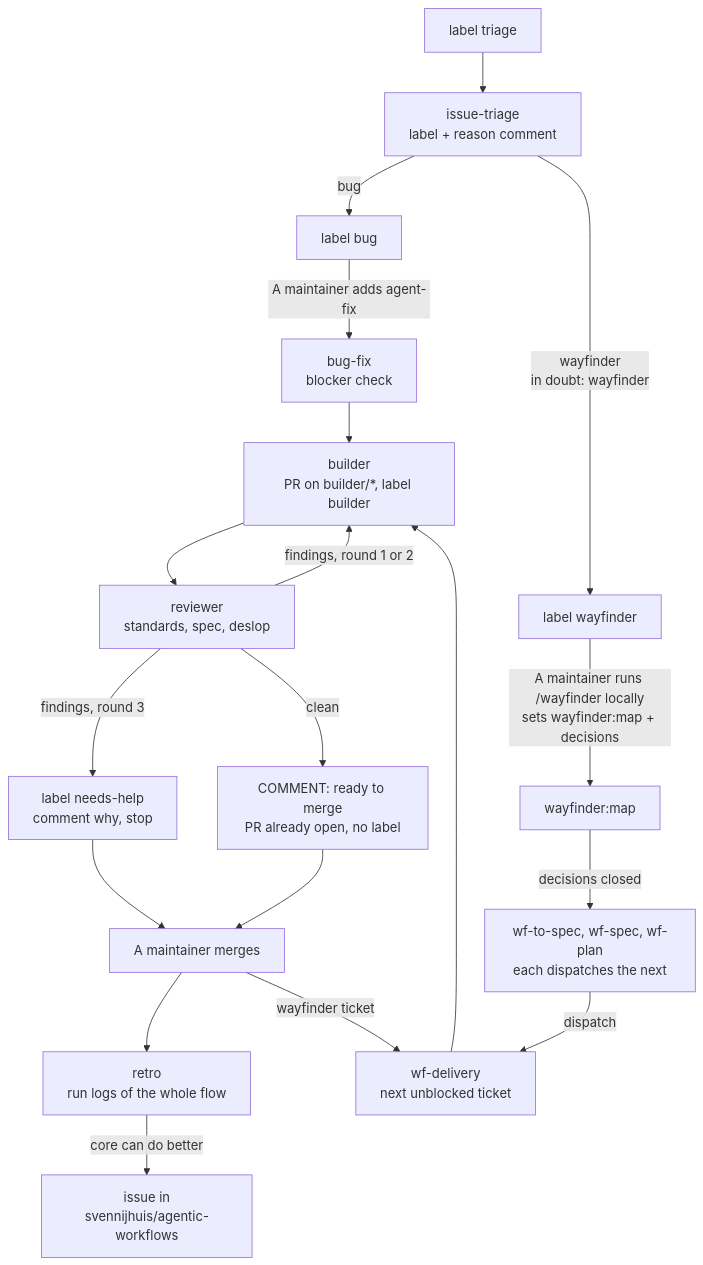
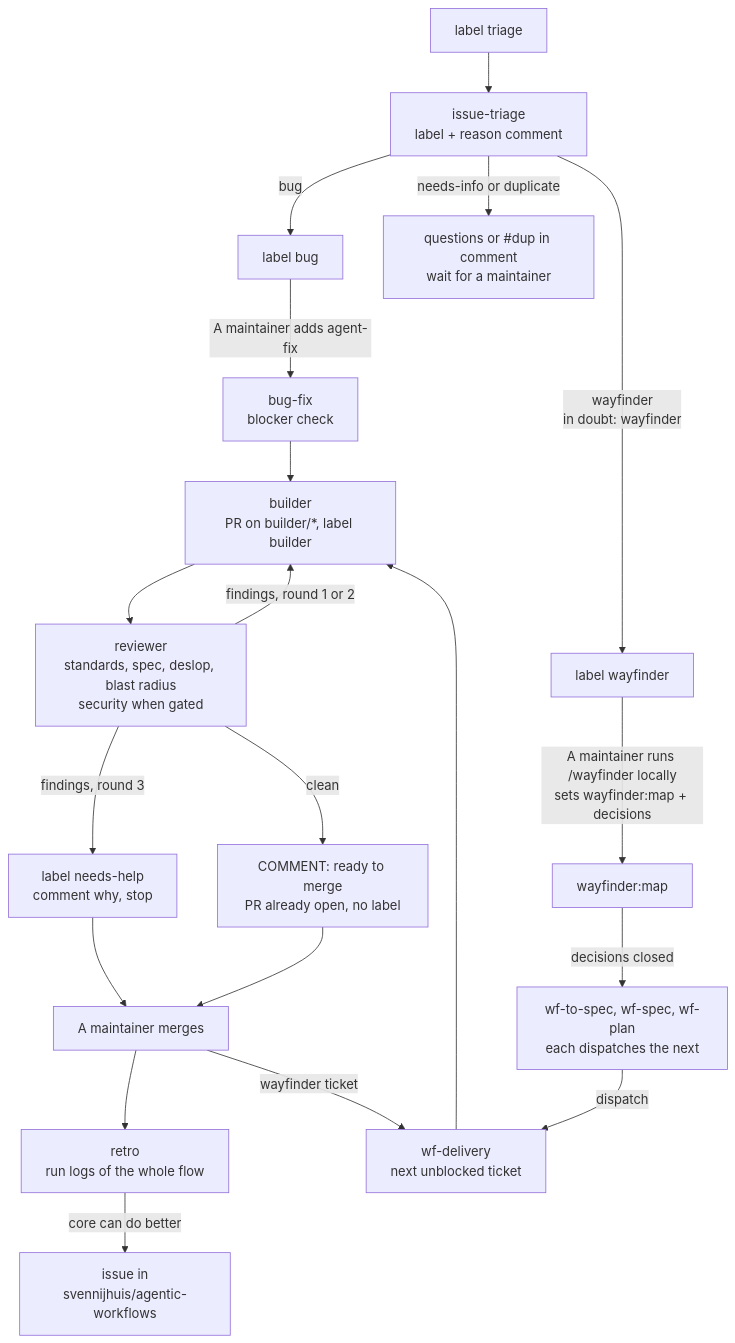
One commit to svennijhuis/agentic-workflows changed the first of 5 diagrams in workflows/README.md. Above: the diagram before and after it, drawn with Mermaid. The commit also changed other lines of this file and 18 other files, not shown here.

First line of the commit message:
Triage routes, builder bug path, blast-radius and security review axes (#41)

````diff
--- a/workflows/README.md
+++ b/workflows/README.md
@@ -31,21 +31,22 @@
 ```mermaid
 flowchart TD
   T[label triage] --> TR[issue-triage<br/>label + reason comment]
   TR -->|bug| B[label bug]
+  TR -->|needs-info or duplicate| NI[questions or #dup in comment<br/>wait for a maintainer]
   TR -->|wayfinder<br/>in doubt: wayfinder| W[label wayfinder]
   W -->|A maintainer runs /wayfinder locally<br/>sets wayfinder:map + decisions| WM[wayfinder:map]
   B -->|A maintainer adds agent-fix| IF[bug-fix<br/>blocker check]
   WM -->|decisions closed| CH[wf-to-spec, wf-spec, wf-plan<br/>each dispatches the next]
   CH -->|dispatch| DL[wf-delivery<br/>next unblocked ticket]
   IF --> BU[builder<br/>PR on builder/*, label builder]
   DL --> BU
-  BU --> RV[reviewer<br/>standards, spec, deslop]
+  BU --> RV[reviewer<br/>standards, spec, deslop, blast radius<br/>security when gated]
   RV -->|findings, round 1 or 2| BU
   RV -->|findings, round 3| NH[label needs-help<br/>comment why, stop]
   RV -->|clean| OK[COMMENT: ready to merge<br/>PR already open, no label]
   OK --> M[A maintainer merges]
   NH --> M
   M --> RE[retro<br/>run logs of the whole flow]
   RE -->|core can do better| CI[issue in<br/>svennijhuis/agentic-workflows]
   M -->|wayfinder ticket| DL
 ```
````
